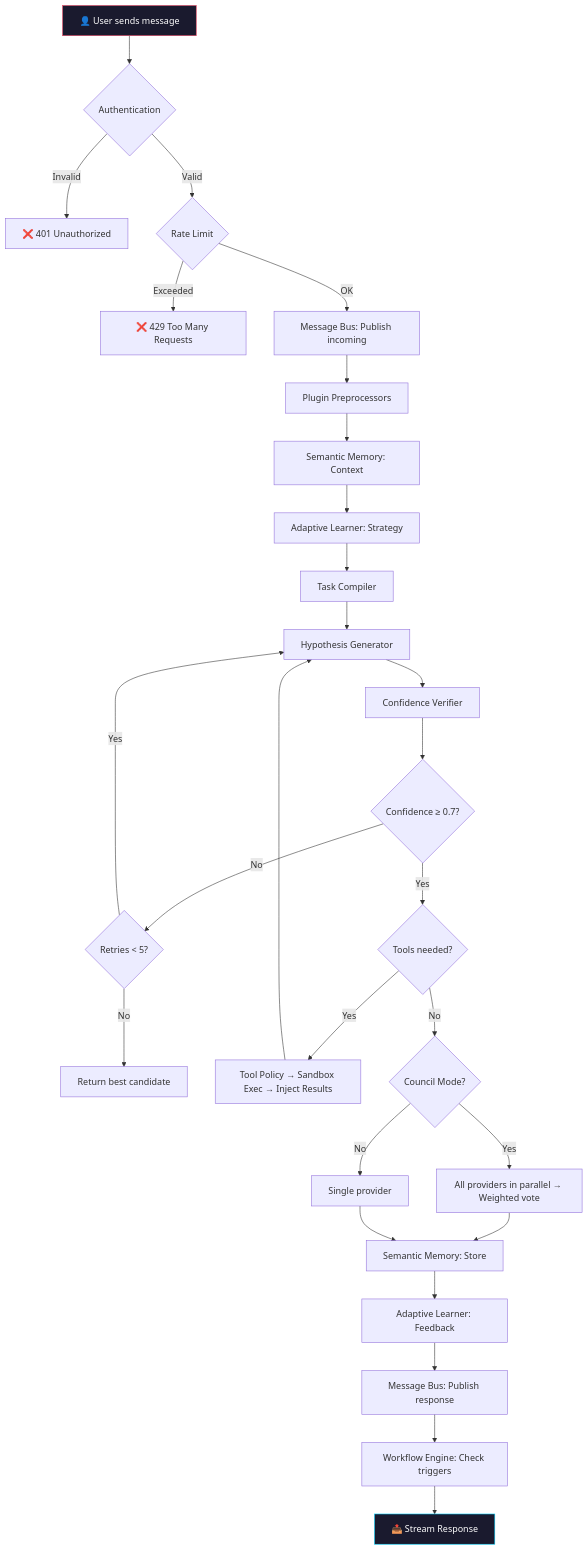
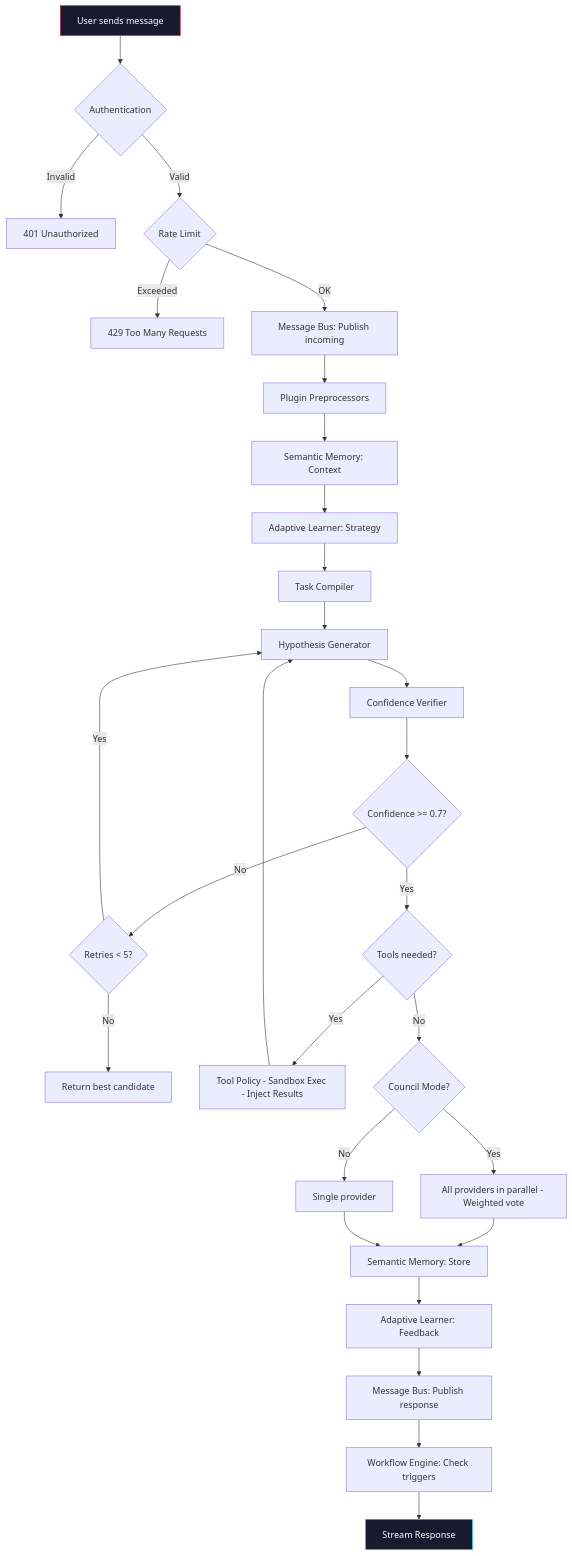
One commit to boopathygamer/astra-agent changed the sixth of 9 diagrams in README.md. Above: the diagram before and after it, drawn with Mermaid. The commit also changed other lines of this file, not shown here.

Commit message:
docs: improve structure and fix tool counts

````diff
--- a/README.md
+++ b/README.md
@@ -726,32 +739,33 @@
 ```mermaid
 flowchart TD
-    A["👤 User sends message"] --> B{"Authentication"}
-    B -->|"Invalid"| B1["❌ 401 Unauthorized"]
-    B -->|"Valid"| C{"Rate Limit"}
-    C -->|"Exceeded"| C1["❌ 429 Too Many Requests"]
-    C -->|"OK"| PB["Message Bus: Publish incoming"]
+    A["User sends message"] --> B{"Authentication"}
+    B -->|Invalid| B1["401 Unauthorized"]
+    B -->|Valid| C{"Rate Limit"}
+    C -->|Exceeded| C1["429 Too Many Requests"]
+    C -->|OK| PB["Message Bus: Publish incoming"]
     PB --> PP["Plugin Preprocessors"]
     PP --> SM["Semantic Memory: Context"]
     SM --> AL["Adaptive Learner: Strategy"]
     AL --> D["Task Compiler"]
     D --> E["Hypothesis Generator"]
     E --> F["Confidence Verifier"]
-    F --> G{"Confidence ≥ 0.7?"}
-    G -->|"No"| H{"Retries < 5?"}
-    H -->|"Yes"| E
-    H -->|"No"| I["Return best candidate"]
-    G -->|"Yes"| J{"Tools needed?"}
-    J -->|"Yes"| K["Tool Policy → Sandbox Exec → Inject Results"]
+    F --> G{"Confidence >= 0.7?"}
+    G -->|No| H{"Retries < 5?"}
+    H -->|Yes| E
+    H -->|No| I["Return best candidate"]
+    G -->|Yes| J{"Tools needed?"}
+    J -->|Yes| K["Tool Policy - Sandbox Exec - Inject Results"]
     K --> E
-    J -->|"No"| L{"Council Mode?"}
-    L -->|"Yes"| M["All providers in parallel → Weighted vote"]
-    L -->|"No"| N["Single provider"]
-    M & N --> SM2["Semantic Memory: Store"]
+    J -->|No| L{"Council Mode?"}
+    L -->|Yes| M["All providers in parallel - Weighted vote"]
+    L -->|No| N["Single provider"]
+    M --> SM2["Semantic Memory: Store"]
+    N --> SM2
     SM2 --> ALF["Adaptive Learner: Feedback"]
     ALF --> MBP["Message Bus: Publish response"]
     MBP --> WF["Workflow Engine: Check triggers"]
-    WF --> O["📤 Stream Response"]
+    WF --> O["Stream Response"]
 
     style A fill:#1a1a2e,stroke:#e94560,color:#fff
     style O fill:#1a1a2e,stroke:#00d2ff,color:#fff
 ```
````
